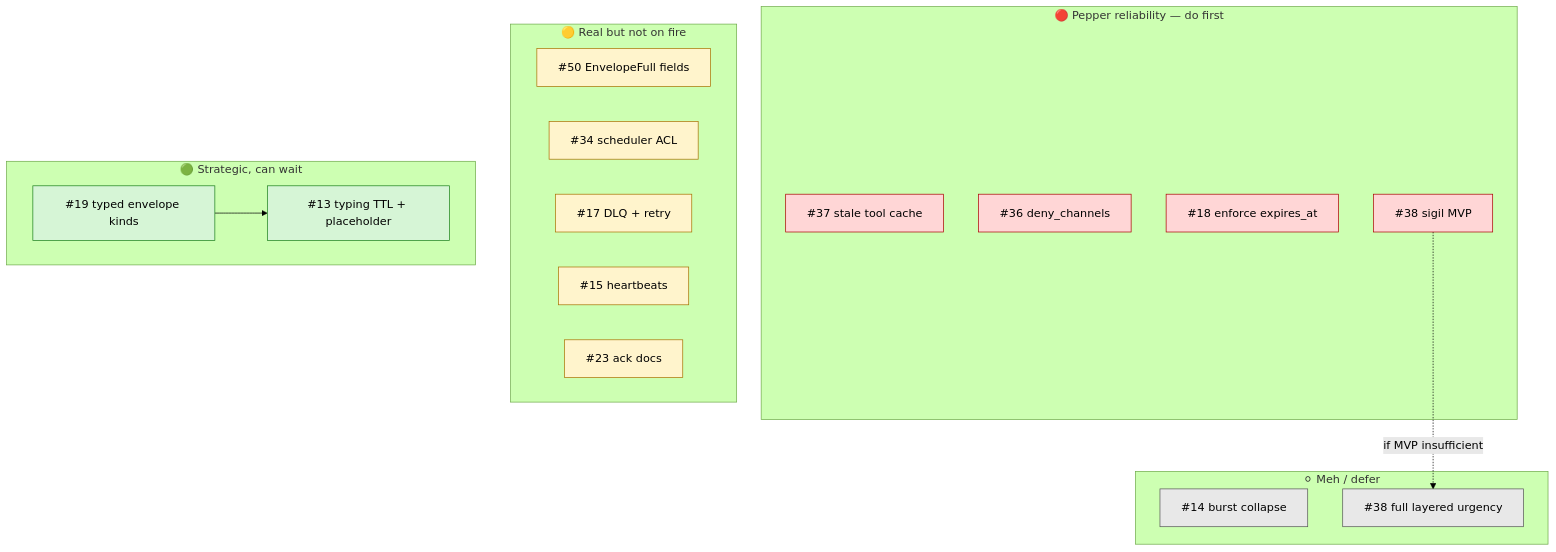
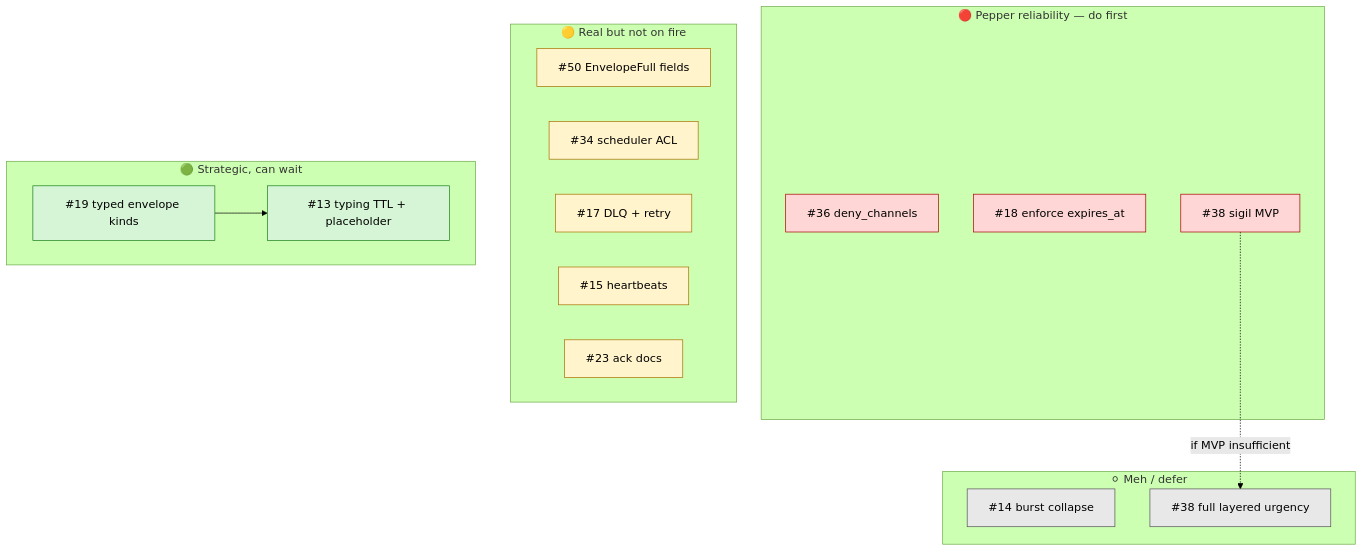
Before and after one commit to jeffrichley/agent_core: the diagram in docs/superpowers/plans/2026-05-07-open-issues-cleanup-roadmap.md, drawn with Mermaid (forest theme). The commit also changed other lines of this file, not shown here.

First line of the commit message:
docs(roadmap): close #37 tools/list_changed as won't-fix

````diff
--- a/docs/superpowers/plans/2026-05-07-open-issues-cleanup-roadmap.md
+++ b/docs/superpowers/plans/2026-05-07-open-issues-cleanup-roadmap.md
@@ -35,35 +35,34 @@
 ```mermaid
 flowchart TD
     classDef red fill:#ffd6d6,stroke:#a00,color:#000
     classDef yellow fill:#fff4cc,stroke:#a87000,color:#000
     classDef green fill:#d6f5d6,stroke:#1a7f1a,color:#000
     classDef gray fill:#e8e8e8,stroke:#555,color:#000
 
     subgraph RED["🔴 Pepper reliability — do first"]
-        I37["#37 stale tool cache"]:::red
         I36["#36 deny_channels"]:::red
         I18["#18 enforce expires_at"]:::red
         I38m["#38 sigil MVP"]:::red
     end
 
     subgraph YELLOW["🟡 Real but not on fire"]
         I50["#50 EnvelopeFull fields"]:::yellow
         I34["#34 scheduler ACL"]:::yellow
         I17["#17 DLQ + retry"]:::yellow
         I15["#15 heartbeats"]:::yellow
         I23["#23 ack docs"]:::yellow
     end
 
     subgraph GREEN["🟢 Strategic, can wait"]
         I19["#19 typed envelope kinds"]:::green
         I13["#13 typing TTL + placeholder"]:::green
     end
 
     subgraph GRAY["⚪ Meh / defer"]
         I14["#14 burst collapse"]:::gray
         I38f["#38 full layered urgency"]:::gray
     end
 
     I19 --> I13
     I38m -.if MVP insufficient.-> I38f
 ```
````
